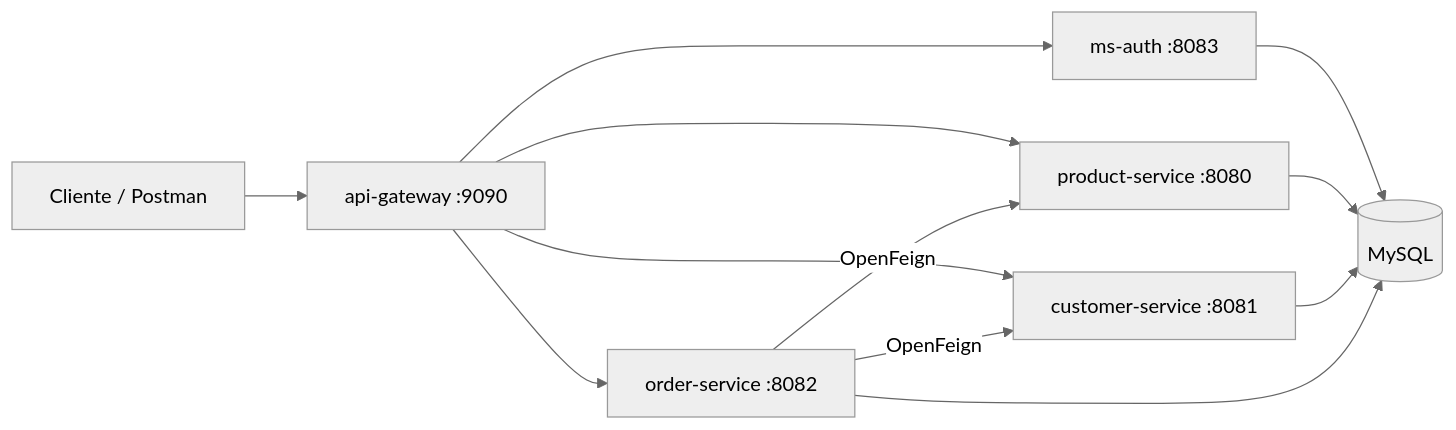
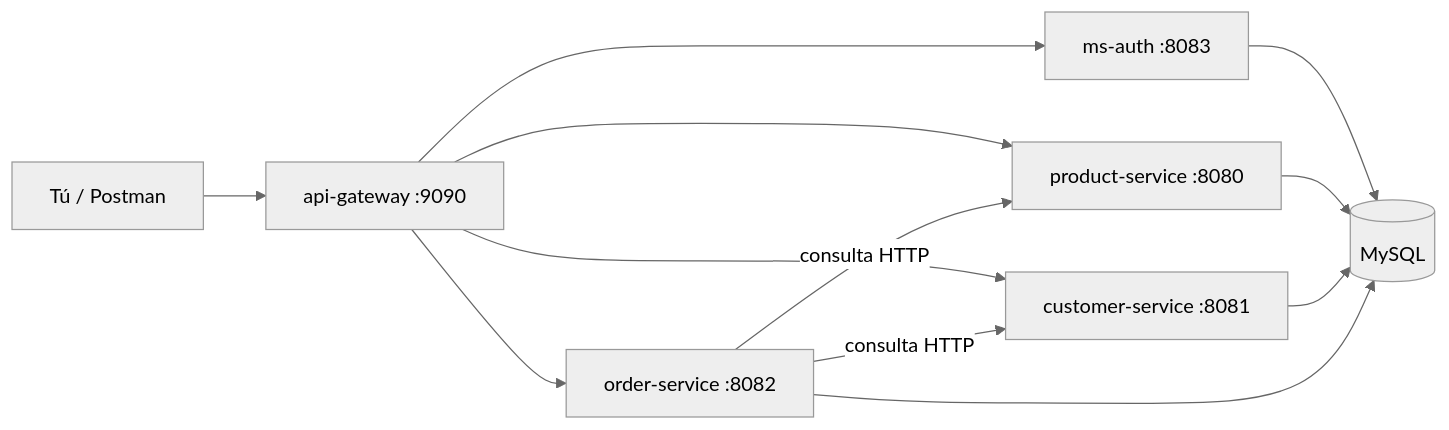
Before and after one commit to pablophdev/NovaShop: the diagram in README.md, drawn with Mermaid (neutral theme). The commit also changed other lines of this file, not shown here.

````diff
--- a/README.md
+++ b/README.md
@@ -27,14 +56,14 @@
 ```mermaid
 flowchart LR
-  Client[Cliente / Postman] --> GW[api-gateway :9090]
+  Client[Tú / Postman] --> GW[api-gateway :9090]
   GW --> AUTH[ms-auth :8083]
   GW --> PROD[product-service :8080]
   GW --> CUST[customer-service :8081]
   GW --> ORD[order-service :8082]
-  ORD -->|OpenFeign| CUST
-  ORD -->|OpenFeign| PROD
+  ORD -->|consulta HTTP| CUST
+  ORD -->|consulta HTTP| PROD
   AUTH --> DB[(MySQL)]
   PROD --> DB
   CUST --> DB
   ORD --> DB
 ```
````
